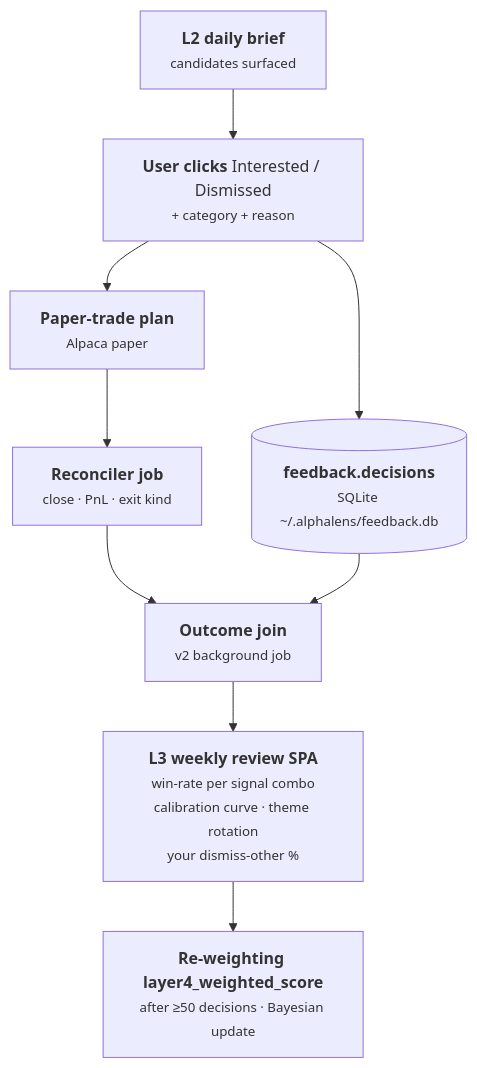
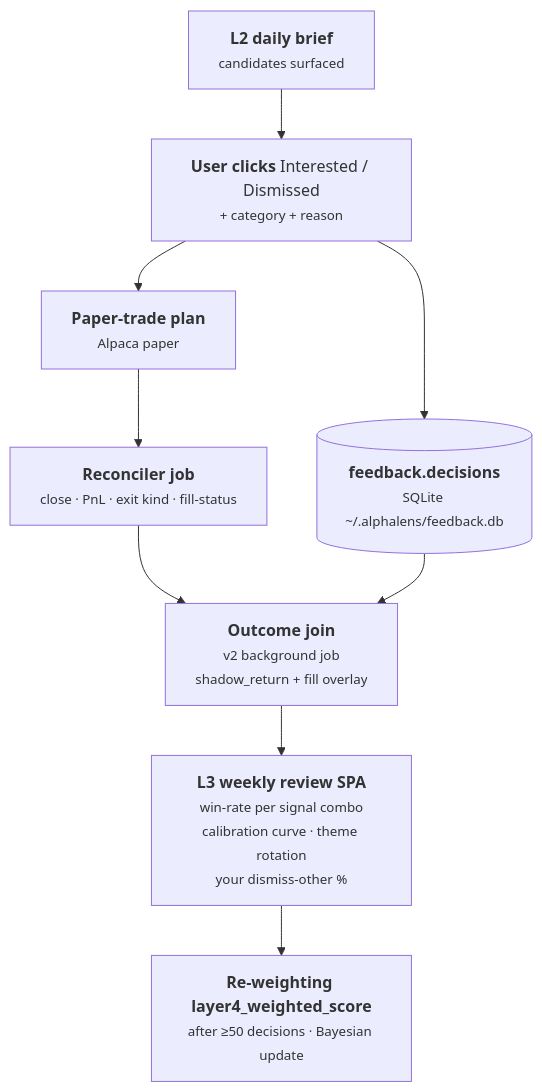
One commit to kamilpajak/AlphaLens changed the third of 3 diagrams in docs/research/alphalens_ideal_shape_2026_05_29.md. Above: the diagram before and after it, drawn with Mermaid.

Commit message:
docs(vision): §4 diagram — reconciler/outcome-join nodes show fill-status + shadow_return
Node E said 'close · PnL · exit kind' (implied fill-only outcomes),
inconsistent with the new §4 prose on non-fill capture. E now carries
fill-status; F (outcome join) shows shadow_return + fill overlay.
Topology unchanged; §3 big-picture left as-is (outcomes generic there).

````diff
--- a/docs/research/alphalens_ideal_shape_2026_05_29.md
+++ b/docs/research/alphalens_ideal_shape_2026_05_29.md
@@ -135,20 +135,20 @@
 ```mermaid
 flowchart TD
     A["<b>L2 daily brief</b><br/><small>candidates surfaced</small>"]
     B["<b>User clicks</b> Interested / Dismissed<br/><small>+ category + reason</small>"]
     C[("<b>feedback.decisions</b><br/><small>SQLite ~/.alphalens/feedback.db</small>")]
     D["<b>Paper-trade plan</b><br/><small>Alpaca paper</small>"]
-    E["<b>Reconciler job</b><br/><small>close · PnL · exit kind</small>"]
-    F["<b>Outcome join</b><br/><small>v2 background job</small>"]
+    E["<b>Reconciler job</b><br/><small>close · PnL · exit kind · fill-status</small>"]
+    F["<b>Outcome join</b><br/><small>v2 background job<br/>shadow_return + fill overlay</small>"]
     G["<b>L3 weekly review SPA</b><br/><small>win-rate per signal combo<br/>calibration curve · theme rotation<br/>your dismiss-other %</small>"]
     H["<b>Re-weighting layer4_weighted_score</b><br/><small>after ≥50 decisions · Bayesian update</small>"]
 
     A --> B
     B --> C
     B --> D
     D --> E
     E --> F
     C --> F
     F --> G
     G --> H
 ```
````
